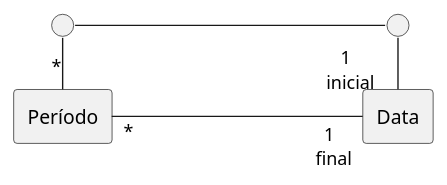
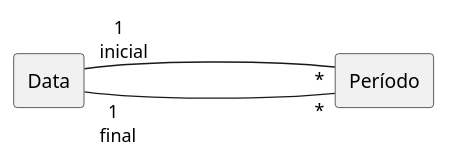
The diagram in Imagens/modelos-03/mod03ima09/mod03ima09.plantuml (kyriosdata/oo), drawn with PlantUML before and after one commit. The commit also changed 19 other files, not shown here.

```diff
--- a/Imagens/modelos-03/mod03ima09/mod03ima09.plantuml
+++ b/Imagens/modelos-03/mod03ima09/mod03ima09.plantuml
@@ -1,11 +1,8 @@
 @startuml mod03ima09
 rectangle "Período" as pe
 rectangle "Data" as da
-circle " " as p1
-circle " " as p2
+
 left to right direction
-pe "*"----"1 \n final" da
-pe "*"-left- p1
-p1 ---- p2
-p2 -right- "1 \n inicial" da
+da "1 \n final" ---- "*" pe
+da "1 \n inicial" ---- "*" pe
 @enduml
```
